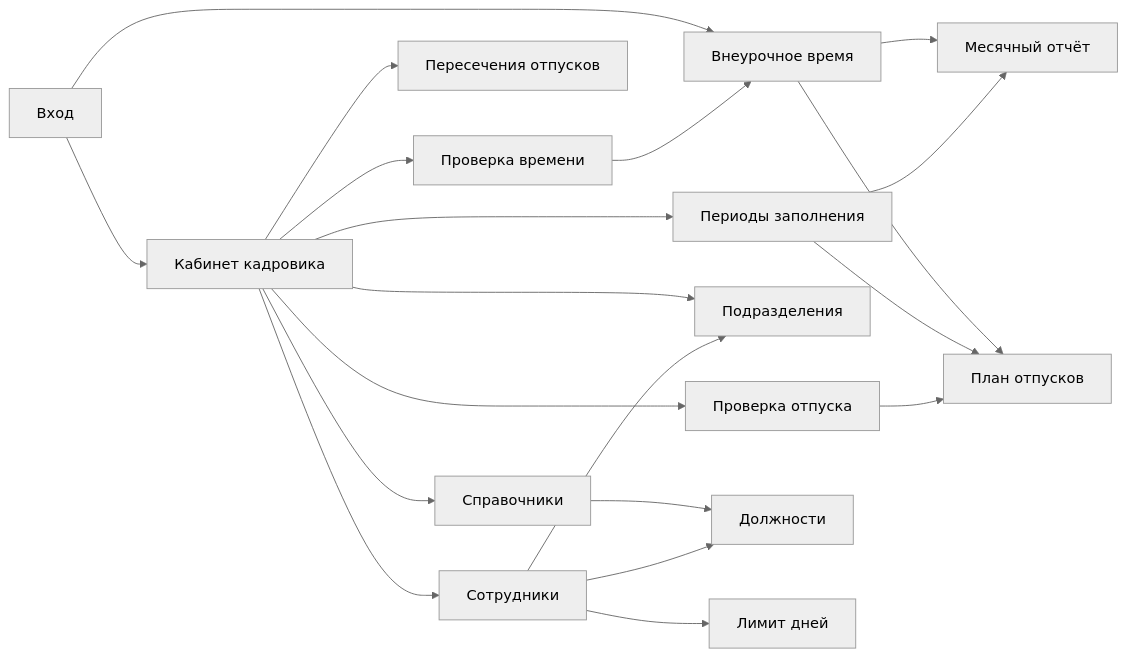
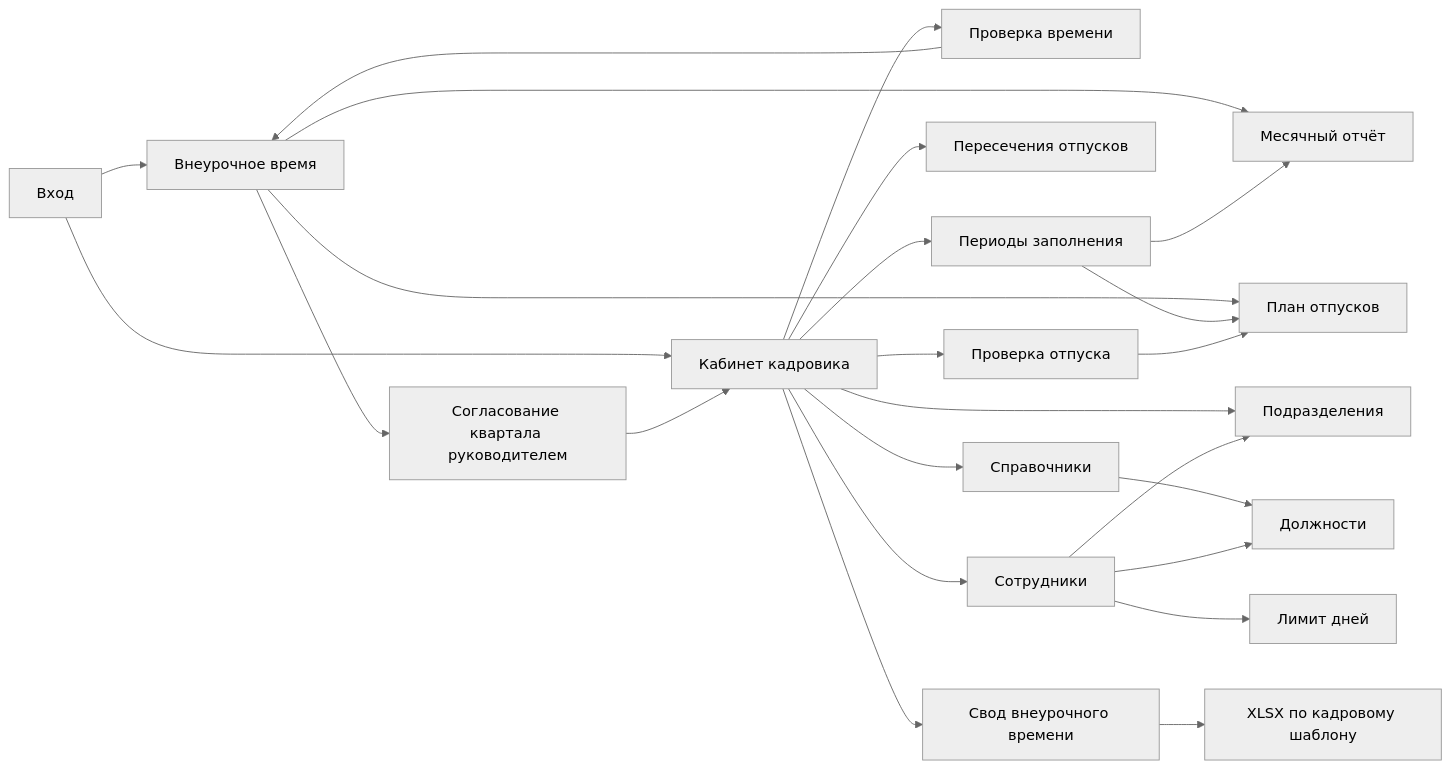
The first of 2 diagrams in docs/PRODUCT_FLOW_MAP.md (BillShifr/work-calendar), drawn with Mermaid (neutral theme) before and after one commit. The commit also changed other lines of this file and 48 other files, not shown here.

Commit message:
feat: add department overtime approvals and export

````diff
--- a/docs/PRODUCT_FLOW_MAP.md
+++ b/docs/PRODUCT_FLOW_MAP.md
@@ -9,24 +9,28 @@
 ```mermaid
 flowchart LR
   Login[Вход] --> EmployeeHome[Внеурочное время]
   EmployeeHome --> OvertimeMonth[Месячный отчёт]
   EmployeeHome --> VacationPlan[План отпусков]
+  EmployeeHome --> DepartmentApproval[Согласование квартала руководителем]
 
   Login --> HrHome[Кабинет кадровика]
+  DepartmentApproval --> HrHome
   HrHome --> OvertimeReview[Проверка времени]
   HrHome --> VacationReview[Проверка отпуска]
   HrHome --> Overlap[Пересечения отпусков]
   HrHome --> Employees[Сотрудники]
   HrHome --> Departments[Подразделения]
   HrHome --> References[Справочники]
   HrHome --> EntryWindows[Периоды заполнения]
+  HrHome --> OvertimeSummary[Свод внеурочного времени]
+  OvertimeSummary --> ExcelExport[XLSX по кадровому шаблону]
   References --> JobTitles[Должности]
 
   EntryWindows --> VacationPlan
   EntryWindows --> OvertimeMonth
   Employees --> Departments
   Employees --> JobTitles
   Employees --> VacationAllowance[Лимит дней]
   OvertimeReview --> EmployeeHome
   VacationReview --> VacationPlan
 ```
````
